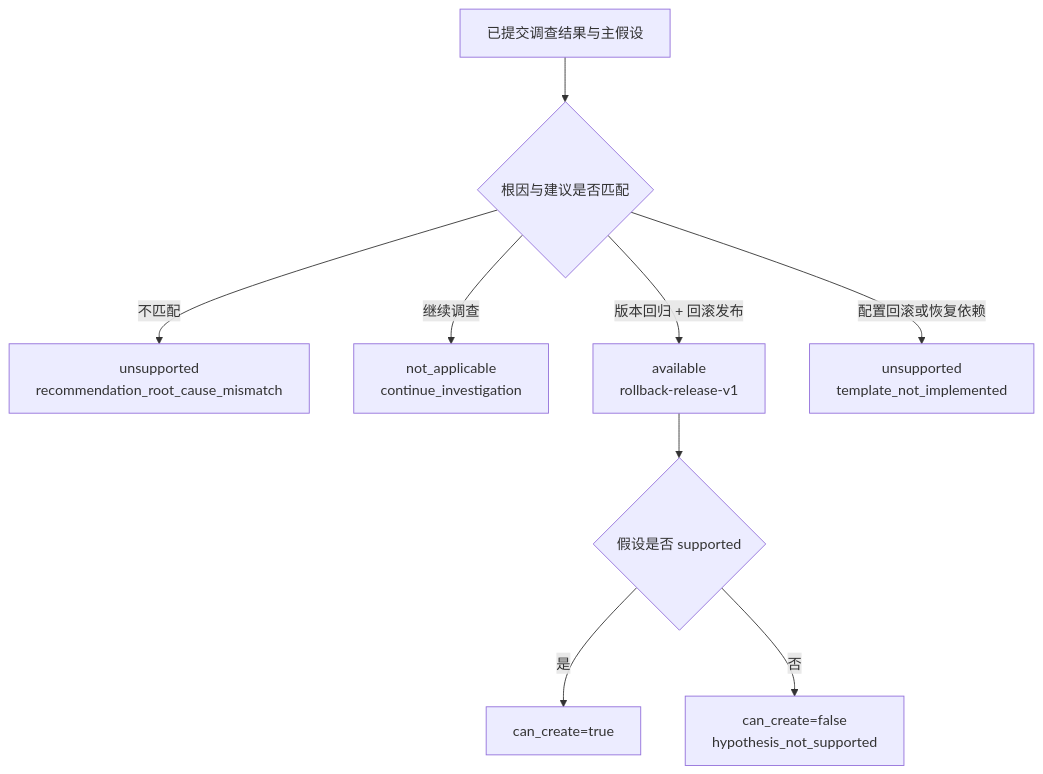
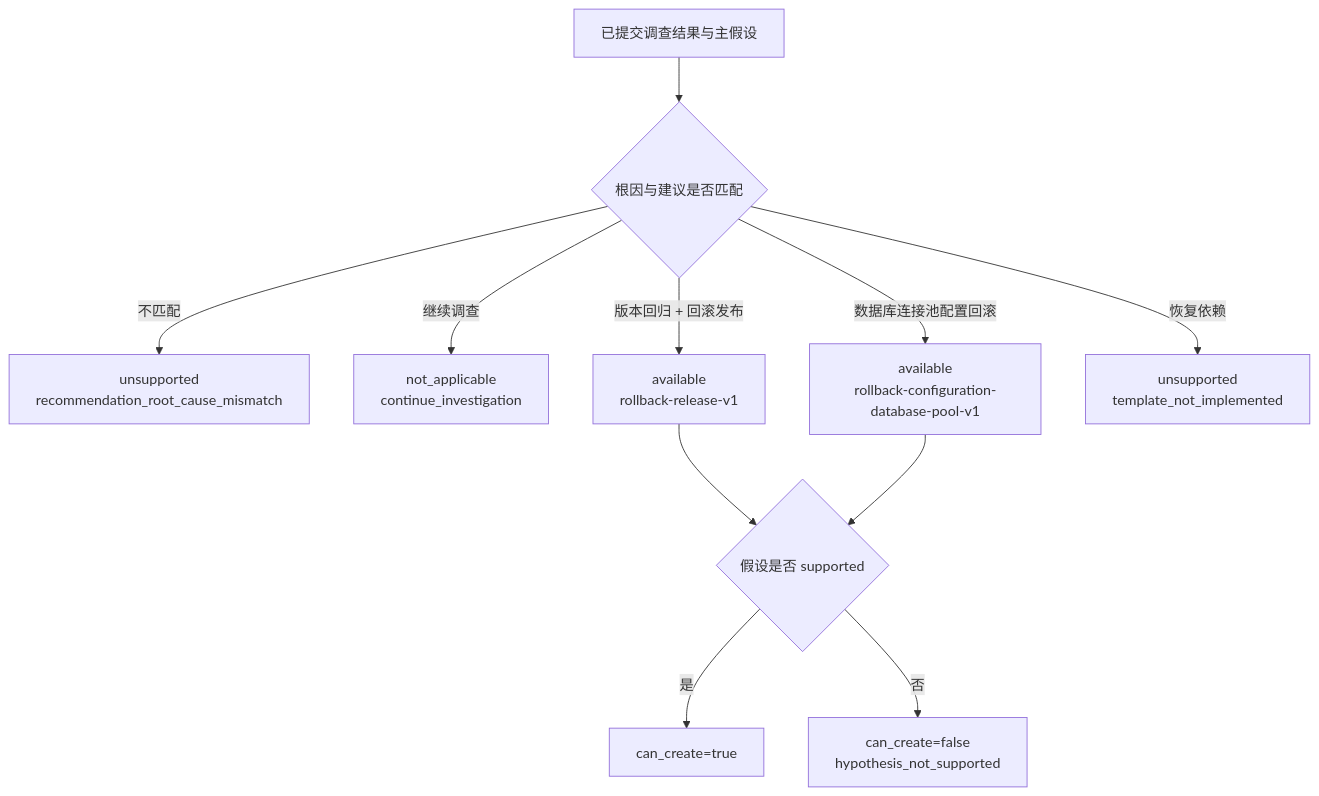
Before and after one commit to kill-t/ops-swarm: the diagram in docs/architecture/29-action-plan-capability-mapping.md, drawn with Mermaid. The commit also changed other lines of this file and 32 other files, not shown here.

````diff
--- a/docs/architecture/29-action-plan-capability-mapping.md
+++ b/docs/architecture/29-action-plan-capability-mapping.md
@@ -31,11 +31,13 @@
 ```mermaid
 flowchart TD
     facts[已提交调查结果与主假设] --> pair{根因与建议是否匹配}
     pair -->|不匹配| mismatch[unsupported<br/>recommendation_root_cause_mismatch]
     pair -->|继续调查| noAction[not_applicable<br/>continue_investigation]
     pair -->|版本回归 + 回滚发布| release[available<br/>rollback-release-v1]
-    pair -->|配置回滚或恢复依赖| missing[unsupported<br/>template_not_implemented]
+    pair -->|数据库连接池配置回滚| config[available<br/>rollback-configuration-database-pool-v1]
+    pair -->|恢复依赖| missing[unsupported<br/>template_not_implemented]
     release --> hypothesis{假设是否 supported}
+    config --> hypothesis
     hypothesis -->|是| ready[can_create=true]
     hypothesis -->|否| blocked[can_create=false<br/>hypothesis_not_supported]
 ```
````
